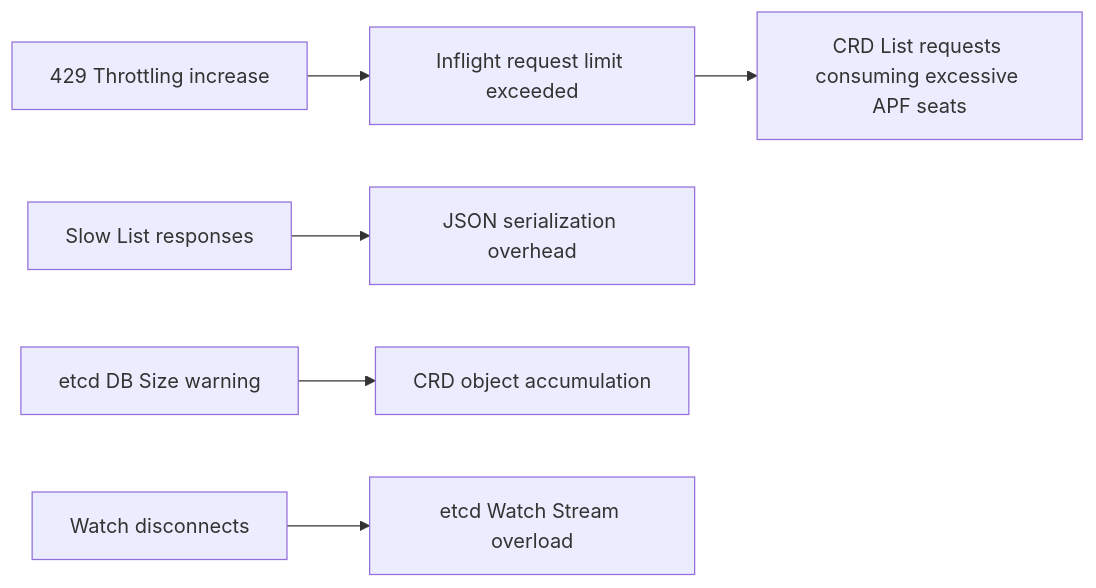
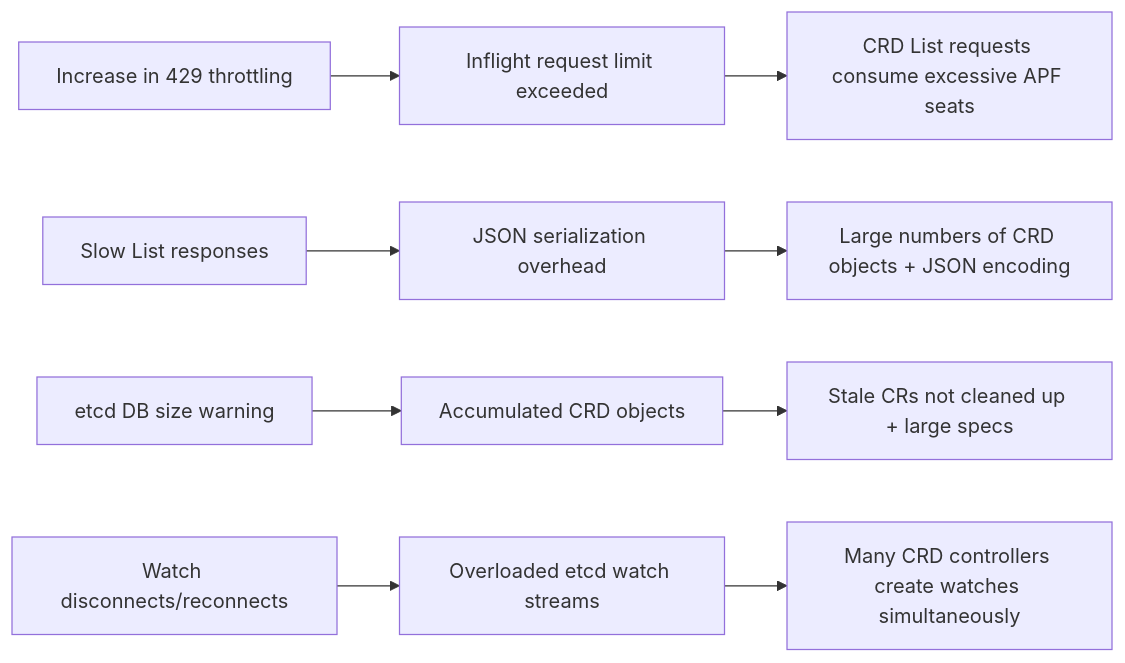
One commit to devfloor9/engineering-playbook changed the diagram in i18n/en/docusaurus-plugin-content-docs/current/eks-best-practices/control-plane-scaling/eks-control-plane-crd-scaling.md. Above: the diagram before and after it, drawn with Mermaid. The commit also changed other lines of this file, not shown here.

Commit message:
docs(i18n): complete CRD control plane coverage (#31)

````diff
--- a/i18n/en/docusaurus-plugin-content-docs/current/eks-best-practices/control-plane-scaling/eks-control-plane-crd-scaling.md
+++ b/i18n/en/docusaurus-plugin-content-docs/current/eks-best-practices/control-plane-scaling/eks-control-plane-crd-scaling.md
@@ -120,8 +220,14 @@
 ```mermaid
 flowchart LR
-    A[429 Throttling increase] --> B[Inflight request limit exceeded]
-    B --> C[CRD List requests consuming excessive APF seats]
+    A[Increase in 429 throttling] --> B[Inflight request limit exceeded]
+    B --> C[CRD List requests consume excessive APF seats]
+
     D[Slow List responses] --> E[JSON serialization overhead]
-    G[etcd DB Size warning] --> H[CRD object accumulation]
-    J[Watch disconnects] --> K[etcd Watch Stream overload]
+    E --> F[Large numbers of CRD objects + JSON encoding]
+
+    G[etcd DB size warning] --> H[Accumulated CRD objects]
+    H --> I[Stale CRs not cleaned up + large specs]
+
+    J[Watch disconnects/reconnects] --> K[Overloaded etcd watch streams]
+    K --> L[Many CRD controllers create watches simultaneously]
 ```
````
